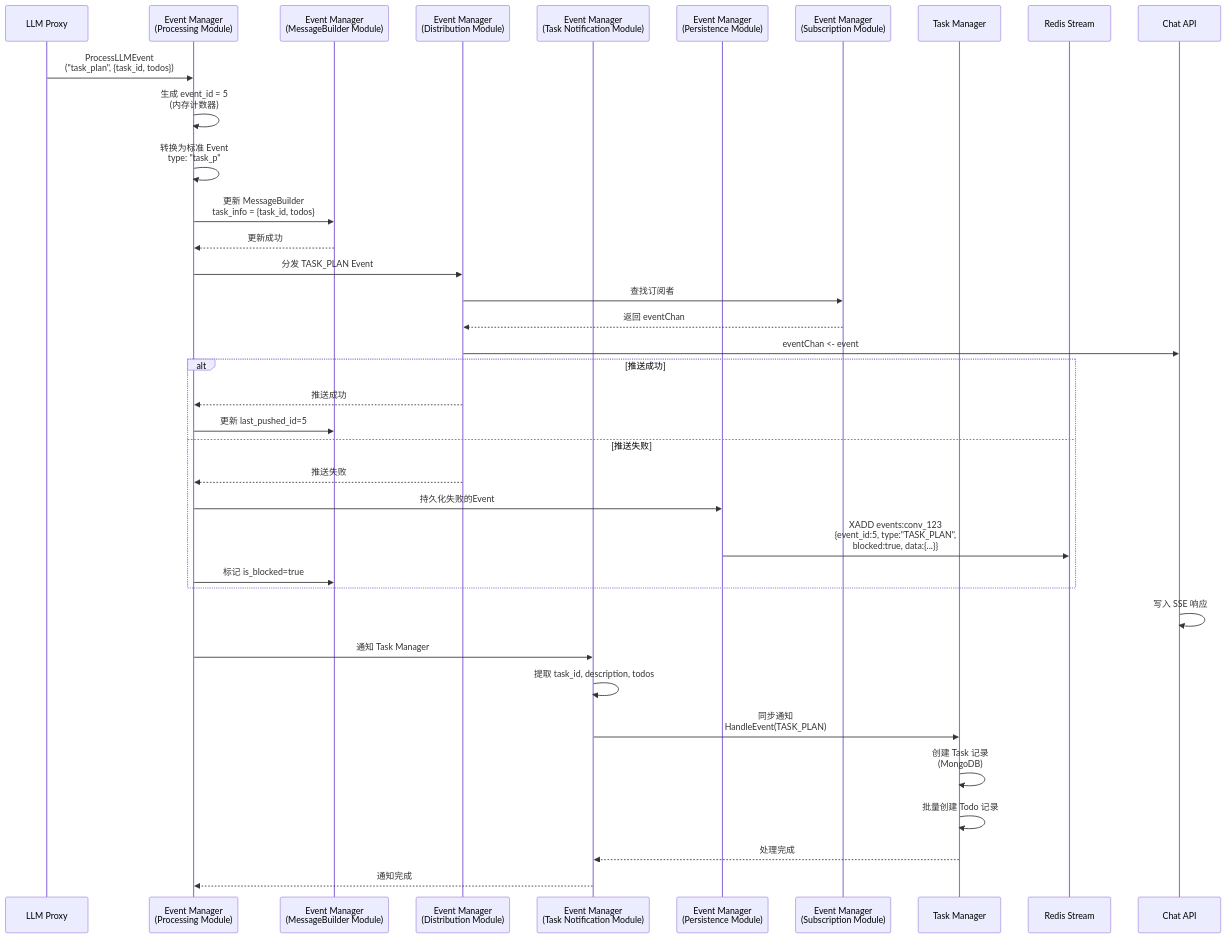
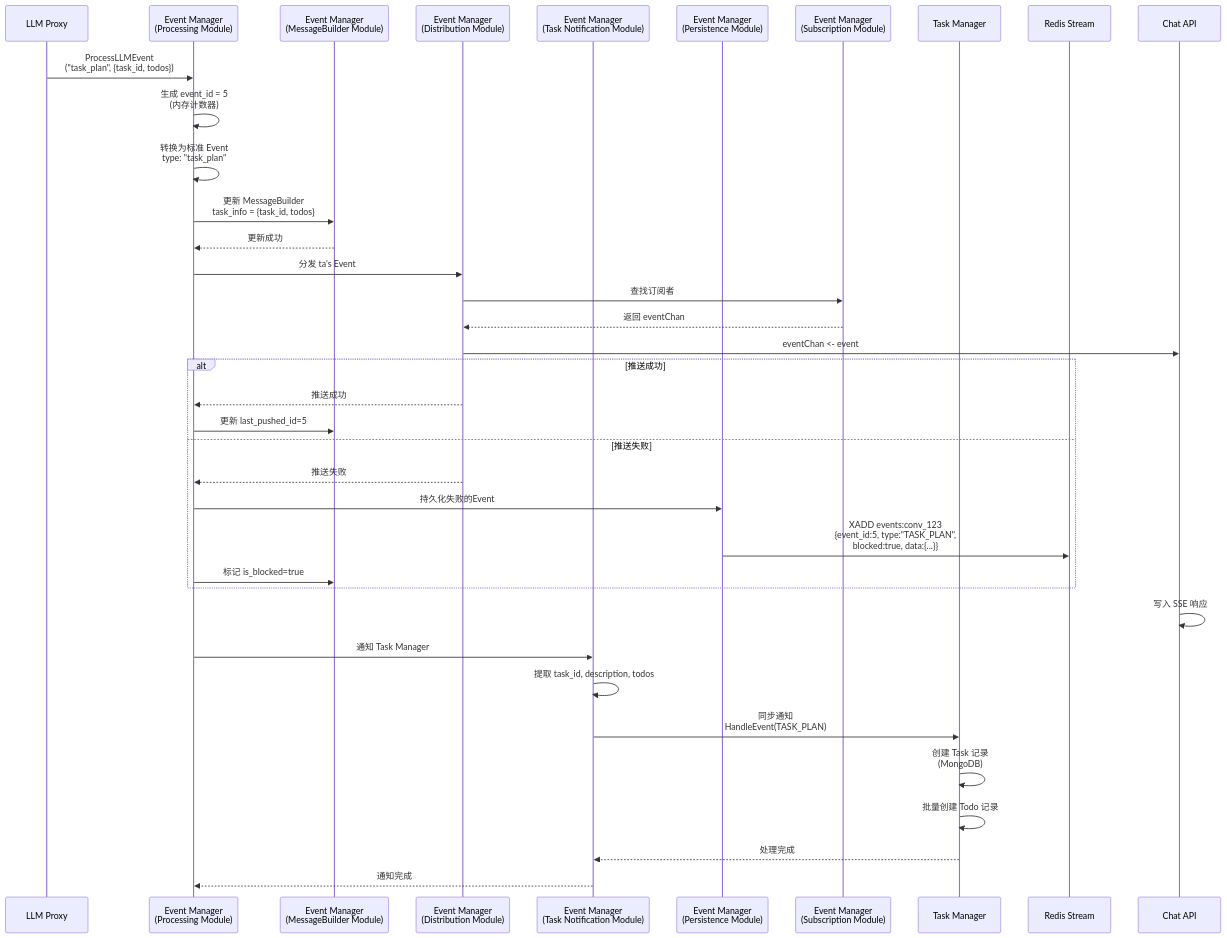
Before and after one commit to yingjianzh/iodraw-files: the diagram in all/未命名-10.md, drawn with Mermaid.

Commit message:
2025-12-24 11:16:21 update

````diff
--- a/all/未命名-10.md
+++ b/all/未命名-10.md
@@ -1,49 +1,49 @@
 ```mermaid
 sequenceDiagram
     participant LLMProxy as LLM Proxy
     participant ProcMod as Event Manager<br/>(Processing Module)
     participant BuilderMod as Event Manager<br/>(MessageBuilder Module)
     participant DistribMod as Event Manager<br/>(Distribution Module)
     participant TaskNotifMod as Event Manager<br/>(Task Notification Module)
     participant PersistMod as Event Manager<br/>(Persistence Module)
     participant SubMod as Event Manager<br/>(Subscription Module)
     participant TaskMgr as Task Manager
     participant Redis as Redis Stream
     participant ChatAPI as Chat API
 
     LLMProxy->>ProcMod: ProcessLLMEvent<br/>("task_plan", {task_id, todos})
 
     ProcMod->>ProcMod: 生成 event_id = 5<br/>(内存计数器)
     
-    ProcMod->>ProcMod: 转换为标准 Event<br/>type: "task_p"
+    ProcMod->>ProcMod: 转换为标准 Event<br/>type: "task_plan"
     
     ProcMod->>BuilderMod: 更新 MessageBuilder<br/>task_info = {task_id, todos}
     BuilderMod-->>ProcMod: 更新成功
     
-    ProcMod->>DistribMod: 分发 TASK_PLAN Event
+    ProcMod->>DistribMod: 分发 ta's Event
     DistribMod->>SubMod: 查找订阅者
     SubMod-->>DistribMod: 返回 eventChan
     DistribMod->>ChatAPI: eventChan <- event
     
     alt 推送成功
         DistribMod-->>ProcMod: 推送成功
         ProcMod->>BuilderMod: 更新 last_pushed_id=5
     else 推送失败
         DistribMod-->>ProcMod: 推送失败
         ProcMod->>PersistMod: 持久化失败的Event
         PersistMod->>Redis: XADD events:conv_123<br/>{event_id:5, type:"TASK_PLAN",<br/>blocked:true, data:{...}}
         ProcMod->>BuilderMod: 标记 is_blocked=true
     end
     
     ChatAPI->>ChatAPI: 写入 SSE 响应
     
     ProcMod->>TaskNotifMod:  通知 Task Manager
     TaskNotifMod->>TaskNotifMod: 提取 task_id, description, todos
         
     TaskNotifMod->>TaskMgr: 同步通知<br/>HandleEvent(TASK_PLAN)
     TaskMgr->>TaskMgr: 创建 Task 记录<br/>(MongoDB)
     TaskMgr->>TaskMgr: 批量创建 Todo 记录
     TaskMgr-->>TaskNotifMod: 处理完成
     
     TaskNotifMod-->>ProcMod: 通知完成
 ```
````
